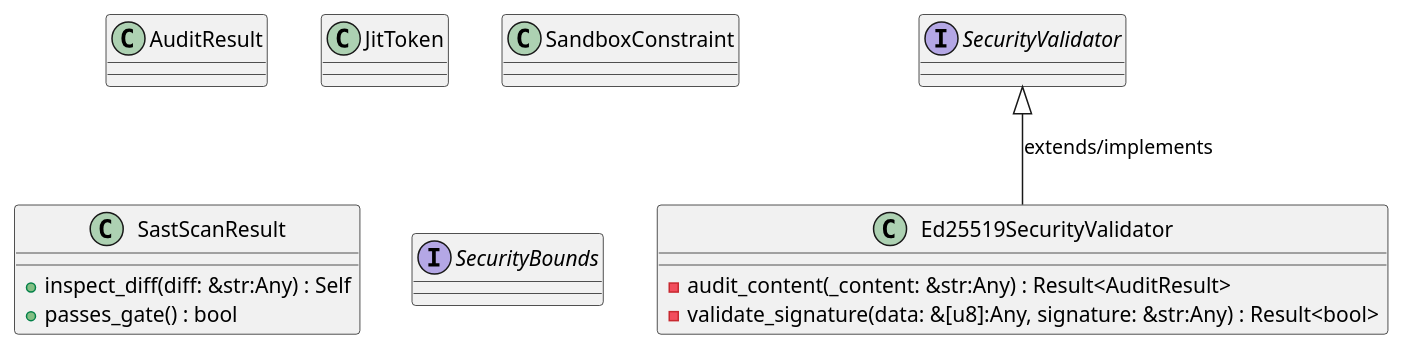
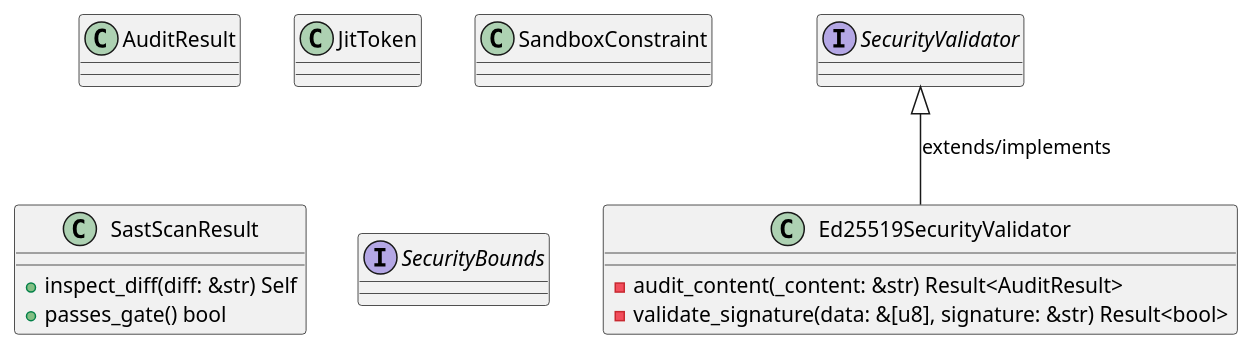
The first of 6 diagrams in openwiki/crates_factory_core_src_security.md (lgcorzo/rust_CACD_autonomous_factory), drawn with PlantUML before and after one commit. The commit also changed other lines of this file and 97 other files, not shown here.

First line of the commit message:
Fix Rust AST parsing for method and function parameters, and update OKF UML frontmatter

````diff
--- a/openwiki/crates_factory_core_src_security.md
+++ b/openwiki/crates_factory_core_src_security.md
@@ -259,24 +264,24 @@
 ```plantuml
 @startuml
 class AuditResult {
 }
 class Ed25519SecurityValidator {
-    -audit_content(_content: &str:Any) : Result<AuditResult>
-    -validate_signature(data: &[u8]:Any, signature: &str:Any) : Result<bool>
+    -audit_content(_content: &str) Result<AuditResult>
+    -validate_signature(data: &[u8], signature: &str) Result<bool>
 }
 SecurityValidator <|-- Ed25519SecurityValidator : extends/implements
 class JitToken {
 }
 class SandboxConstraint {
 }
 class SastScanResult {
-    +inspect_diff(diff: &str:Any) : Self
-    +passes_gate() : bool
+    +inspect_diff(diff: &str) Self
+    +passes_gate() bool
 }
 interface SecurityBounds {
 }
 interface SecurityValidator {
 }
 @enduml
 
 ```
````
